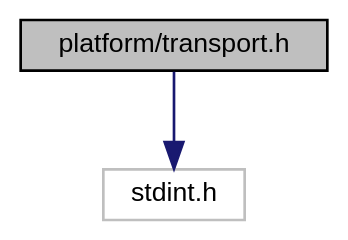
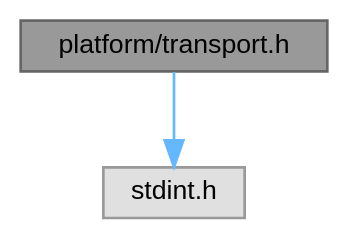
The diagram in transport_8h__incl.dot (ebs-universe/piolib-platform), drawn with Graphviz before and after one commit. The commit also changed 216 other files, not shown here.

```diff
--- a/transport_8h__incl.dot
+++ b/transport_8h__incl.dot
@@ -1,11 +1,11 @@
 digraph "platform/transport.h"
 {
  // INTERACTIVE_SVG=YES
  // LATEX_PDF_SIZE
   bgcolor="transparent";
-  edge [fontname="Helvetica",fontsize="10",labelfontname="Helvetica",labelfontsize="10"];
-  node [fontname="Helvetica",fontsize="10",shape=record];
-  Node1 [label="platform/transport.h",height=0.2,width=0.4,color="black", fillcolor="grey75", style="filled", fontcolor="black",tooltip="Definitions for EBS transports."];
-  Node1 -> Node2 [color="midnightblue",fontsize="10",style="solid",fontname="Helvetica"];
-  Node2 [label="stdint.h",height=0.2,width=0.4,color="grey75",tooltip=" "];
+  edge [fontname=Helvetica,fontsize=10,labelfontname=Helvetica,labelfontsize=10];
+  node [fontname=Helvetica,fontsize=10,shape=box,height=0.2,width=0.4];
+  Node1 [id="Node000001",label="platform/transport.h",height=0.2,width=0.4,color="gray40", fillcolor="grey60", style="filled", fontcolor="black",tooltip="Definitions for EBS transports."];
+  Node1 -> Node2 [id="edge1_Node000001_Node000002",color="steelblue1",style="solid",tooltip=" "];
+  Node2 [id="Node000002",label="stdint.h",height=0.2,width=0.4,color="grey60", fillcolor="#E0E0E0", style="filled",tooltip=" "];
 }
```
